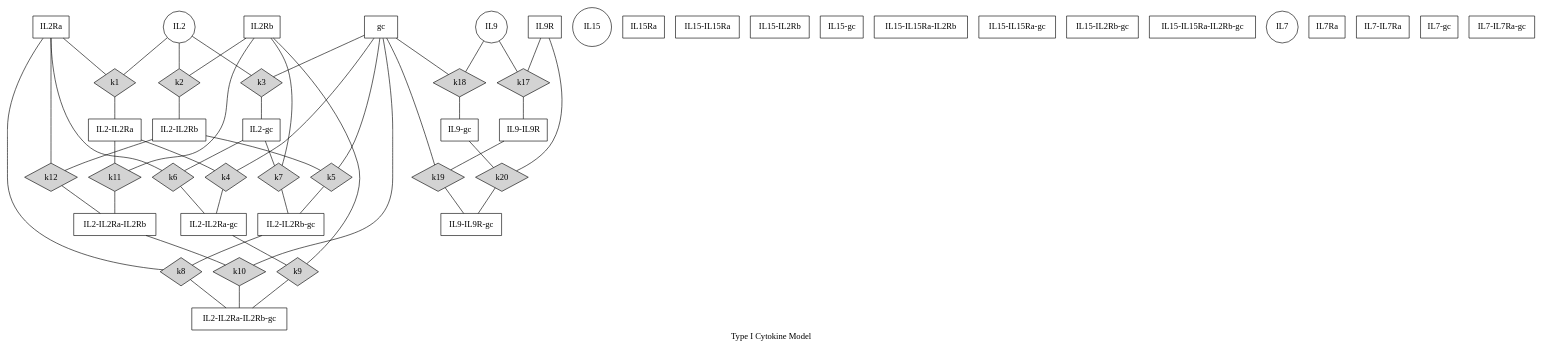
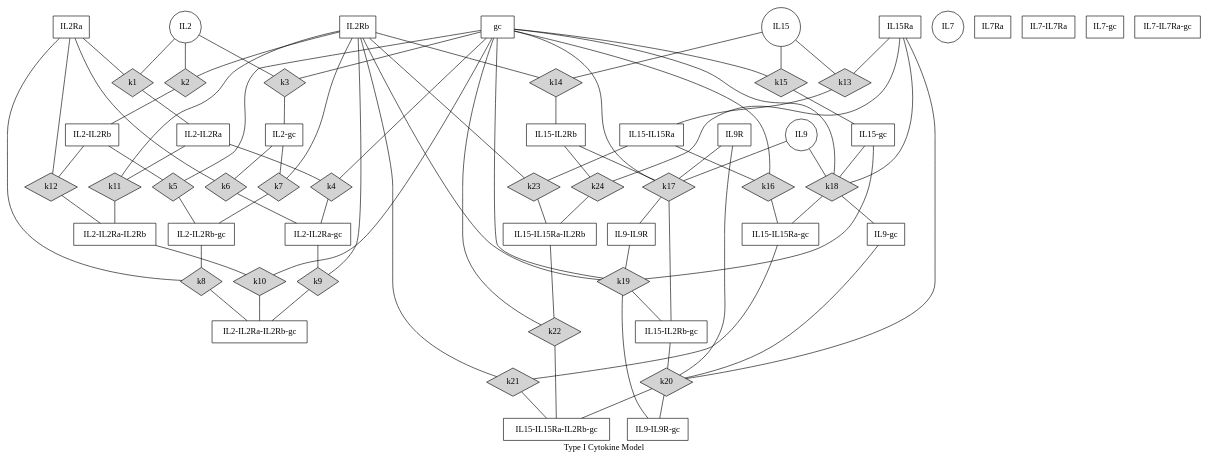
One commit to meyer-lab/gc-valent changed the diagram in ckine/data/graph_all.gv. Above: the diagram before and after it, drawn with Graphviz.

Commit message:
IL15 k values added
will have to change numbers on IL9 k values

```diff
--- a/ckine/data/graph_all.gv
+++ b/ckine/data/graph_all.gv
@@ -1,132 +1,189 @@
 ##"A few people in the field of genetics are using dot to draw "marriage node diagram"  pedigree drawings.  Here is one I have done of a test pedigree from the FTREE pedigree drawing package (Lion Share was a racehorse)." Contributed by David Duffy.
 
 ##Command to get the layout: "dot -Tpng thisfile > thisfile.png"
 
 digraph Ped_Lion_Share           {
 # page = "8.2677165,11.692913";
 ratio = "auto";
 mincross = 2.0;
 label = "Type I Cytokine Model";
 
 "IL2"   [shape=circle];
 "IL2Ra" [shape=box    ];
 "IL2Rb" [shape=box    ];
 "gc"    [shape=box    ];
 "IL2-IL2Ra" [shape=box];
 "IL2-IL2Rb" [shape=box];
 "IL2-gc" [shape=box];
 "IL2-IL2Ra" [shape=box];
 "IL2-IL2Ra" [shape=box];
 "IL2-IL2Ra-IL2Rb" [shape=box ];
 "IL2-IL2Ra-gc" [shape=box ];
 "IL2-IL2Rb-gc" [shape=box ];
 "IL2-IL2Ra-IL2Rb-gc" [shape=box ];
 
 "IL15"  [shape=circle];
 "IL15Ra"    [shape=box];
 "IL15-IL15Ra"   [shape=box];
 "IL15-IL2Rb"    [shape=box];
 "IL15-gc"   [shape=box];
 "IL15-IL15Ra-IL2Rb" [shape=box];
 "IL15-IL15Ra-gc"    [shape=box];
 "IL15-IL2Rb-gc" [shape=box];
 "IL15-IL15Ra-IL2Rb-gc"  [shape=box];
 
 "IL7"   [shape=circle];
 "IL7Ra" [shape=box];
 "IL7-IL7Ra" [shape=box];
 "IL7-gc"    [shape=box];
 "IL7-IL7Ra-gc"  [shape=box];
 
 "IL9"   [shape=circle];
 "IL9R" [shape=box    ];
 "gc"    [shape=box    ];
 "IL9-IL9R" [shape=box];
 "IL9-gc" [shape=box];
 "IL9-IL9R-gc" [shape=box ];
 
 
 "k1" [shape=diamond,style=filled,height=.1,width=.1];
 "IL2" -> "k1" [dir=none,weight=1];
 "IL2Ra" -> "k1" [dir=none,weight=1];
 "k1" -> "IL2-IL2Ra" [dir=none, weight=2];
 
 "k2" [shape=diamond,style=filled,height=.1,width=.1];
 "IL2" -> "k2" [dir=none,weight=1];
 "IL2Rb" -> "k2" [dir=none,weight=1];
 "k2" -> "IL2-IL2Rb" [dir=none, weight=2];
 
 "k3" [shape=diamond,style=filled,height=.1,width=.1];
 "IL2" -> "k3" [dir=none,weight=1];
 "gc" -> "k3" [dir=none,weight=1];
 "k3" -> "IL2-gc" [dir=none, weight=2];
 
 "k4" [shape=diamond,style=filled,height=.1,width=.1];
 "IL2-IL2Ra" -> "k4" [dir=none,weight=1];
 "gc" -> "k4" [dir=none,weight=1];
 "k4" -> "IL2-IL2Ra-gc" [dir=none, weight=2];
 
 "k5" [shape=diamond,style=filled,height=.1,width=.1];
 "IL2-IL2Rb" -> "k5" [dir=none,weight=1];
 "gc" -> "k5" [dir=none,weight=1];
 "k5" -> "IL2-IL2Rb-gc" [dir=none, weight=2];
 
 "k6" [shape=diamond,style=filled,height=.1,width=.1];
 "IL2-gc" -> "k6" [dir=none,weight=1];
 "IL2Ra" -> "k6" [dir=none,weight=1];
 "k6" -> "IL2-IL2Ra-gc" [dir=none, weight=2];
 
 "k7" [shape=diamond,style=filled,height=.1,width=.1];
 "IL2-gc" -> "k7" [dir=none,weight=1];
 "IL2Rb" -> "k7" [dir=none,weight=1];
 "k7" -> "IL2-IL2Rb-gc" [dir=none, weight=2];
 
 "k8" [shape=diamond,style=filled,height=.1,width=.1];
 "IL2-IL2Rb-gc" -> "k8" [dir=none,weight=1];
 "IL2Ra" -> "k8" [dir=none,weight=1];
 "k8" -> "IL2-IL2Ra-IL2Rb-gc" [dir=none, weight=2];
 
 "k9" [shape=diamond,style=filled,height=.1,width=.1];
 "IL2-IL2Ra-gc" -> "k9" [dir=none,weight=1];
 "IL2Rb" -> "k9" [dir=none,weight=1];
 "k9" -> "IL2-IL2Ra-IL2Rb-gc" [dir=none, weight=2];
 
 "k10" [shape=diamond,style=filled,height=.1,width=.1];
 "IL2-IL2Ra-IL2Rb" -> "k10" [dir=none,weight=1];
 "gc" -> "k10" [dir=none,weight=1];
 "k10" -> "IL2-IL2Ra-IL2Rb-gc" [dir=none, weight=2];
 
 "k11" [shape=diamond,style=filled,height=.1,width=.1];
 "IL2-IL2Ra" -> "k11" [dir=none,weight=1];
 "IL2Rb" -> "k11" [dir=none,weight=1];
 "k11" -> "IL2-IL2Ra-IL2Rb" [dir=none, weight=2];
 
 "k12" [shape=diamond,style=filled,height=.1,width=.1];
 "IL2-IL2Rb" -> "k12" [dir=none,weight=1];
 "IL2Ra" -> "k12" [dir=none,weight=1];
 "k12" -> "IL2-IL2Ra-IL2Rb" [dir=none, weight=2];
 
+"k13" [shape=diamond,style=filled,height=.1,width=.1];
+"IL15" -> "k13" [dir=none,weight=1];
+"IL15Ra" -> "k13" [dir=none,weight=1];
+"k13" -> "IL15-IL15Ra" [dir=none, weight=2];
 
+"k14" [shape=diamond,style=filled,height=.1,width=.1];
+"IL15" -> "k14" [dir=none,weight=1];
+"IL2Rb" -> "k14" [dir=none,weight=1];
+"k14" -> "IL15-IL2Rb" [dir=none, weight=2];
 
+"k15" [shape=diamond,style=filled,height=.1,width=.1];
+"IL15" -> "k15" [dir=none,weight=1];
+"gc" -> "k15" [dir=none,weight=1];
+"k15" -> "IL15-gc" [dir=none, weight=2];
+
+"k16" [shape=diamond,style=filled,height=.1,width=.1];
+"IL15-IL15Ra" -> "k16" [dir=none,weight=1];
+"gc" -> "k16" [dir=none,weight=1];
+"k16" -> "IL15-IL15Ra-gc" [dir=none, weight=2];
+
+"k17" [shape=diamond,style=filled,height=.1,width=.1];
+"IL15-IL2Rb" -> "k17" [dir=none,weight=1];
+"gc" -> "k17" [dir=none,weight=1];
+"k17" -> "IL15-IL2Rb-gc" [dir=none, weight=2];
+
+"k18" [shape=diamond,style=filled,height=.1,width=.1];
+"IL15-gc" -> "k18" [dir=none,weight=1];
+"IL15Ra" -> "k18" [dir=none,weight=1];
+"k18" -> "IL15-IL15Ra-gc" [dir=none, weight=2];
+
+"k19" [shape=diamond,style=filled,height=.1,width=.1];
+"IL15-gc" -> "k19" [dir=none,weight=1];
+"IL2Rb" -> "k19" [dir=none,weight=1];
+"k19" -> "IL15-IL2Rb-gc" [dir=none, weight=2];
+
+"k20" [shape=diamond,style=filled,height=.1,width=.1];
+"IL15-IL2Rb-gc" -> "k20" [dir=none,weight=1];
+"IL15Ra" -> "k20" [dir=none,weight=1];
+"k20" -> "IL15-IL15Ra-IL2Rb-gc" [dir=none, weight=2];
+
+"k21" [shape=diamond,style=filled,height=.1,width=.1];
+"IL15-IL15Ra-gc" -> "k21" [dir=none,weight=1];
+"IL2Rb" -> "k21" [dir=none,weight=1];
+"k21" -> "IL15-IL15Ra-IL2Rb-gc" [dir=none, weight=2];
+
+"k22" [shape=diamond,style=filled,height=.1,width=.1];
+"IL15-IL15Ra-IL2Rb" -> "k22" [dir=none,weight=1];
+"gc" -> "k22" [dir=none,weight=1];
+"k22" -> "IL15-IL15Ra-IL2Rb-gc" [dir=none, weight=2];
+
+"k23" [shape=diamond,style=filled,height=.1,width=.1];
+"IL15-IL15Ra" -> "k23" [dir=none,weight=1];
+"IL2Rb" -> "k23" [dir=none,weight=1];
+"k23" -> "IL15-IL15Ra-IL2Rb" [dir=none, weight=2];
+
+"k24" [shape=diamond,style=filled,height=.1,width=.1];
+"IL15-IL2Rb" -> "k24" [dir=none,weight=1];
+"IL15Ra" -> "k24" [dir=none,weight=1];
+"k24" -> "IL15-IL15Ra-IL2Rb" [dir=none, weight=2];
 
 "k17" [shape=diamond,style=filled,height=.1,width=.1];
 "IL9" -> "k17" [dir=none,weight=1];
 "IL9R" -> "k17" [dir=none,weight=1];
 "k17" -> "IL9-IL9R" [dir=none, weight=2];
 
 "k18" [shape=diamond,style=filled,height=.1,width=.1];
 "IL9" -> "k18" [dir=none,weight=1];
 "gc" -> "k18" [dir=none,weight=1];
 "k18" -> "IL9-gc" [dir=none, weight=2];
 
 "k19" [shape=diamond,style=filled,height=.1,width=.1];
 "IL9-IL9R" -> "k19" [dir=none,weight=1];
 "gc" -> "k19" [dir=none,weight=1];
 "k19" -> "IL9-IL9R-gc" [dir=none, weight=2];
 
 "k20" [shape=diamond,style=filled,height=.1,width=.1];
 "IL9-gc" -> "k20" [dir=none,weight=1];
 "IL9R" -> "k20" [dir=none,weight=1];
 "k20" -> "IL9-IL9R-gc" [dir=none, weight=2];
 
 }
```
